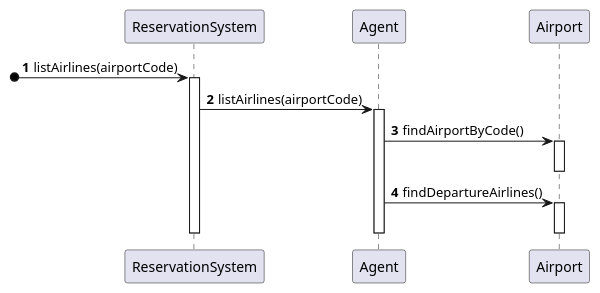
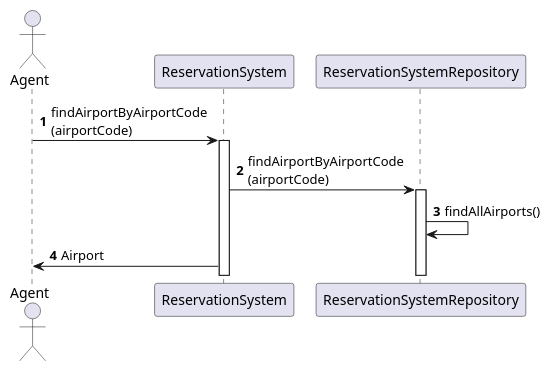
The diagram in diagrams/plantuml/3-4-sequence-diagram.md (Ochirgarid/mpp-project), drawn with PlantUML before and after one commit. The commit also changed 9 other files, not shown here.

Commit message:
diagrams update

````diff
--- a/diagrams/plantuml/3-4-sequence-diagram.md
+++ b/diagrams/plantuml/3-4-sequence-diagram.md
@@ -1,19 +1,16 @@
 ```plantuml
 @startuml
+
+Actor Agent
 autonumber
+Agent->ReservationSystem: findAirportByAirportCode\n(airportCode)
+activate ReservationSystem
 
-[o->ReservationSystem: listAirlines(airportCode)
-activate ReservationSystem
-ReservationSystem -> Agent: listAirlines(airportCode)
-activate Agent
-Agent -> Airport : findAirportByCode()
-activate Airport
-deactivate Airport
-Agent -> Airport : findDepartureAirlines()
-activate Airport
-deactivate Airport
-deactivate Agent
-deactivate ReservationSystem
+ReservationSystem -> ReservationSystemRepository: findAirportByAirportCode\n(airportCode)
+activate ReservationSystemRepository
+ReservationSystemRepository -> ReservationSystemRepository: findAllAirports()
+
+ReservationSystem->Agent: Airport
 
 @enduml
 ```
````
